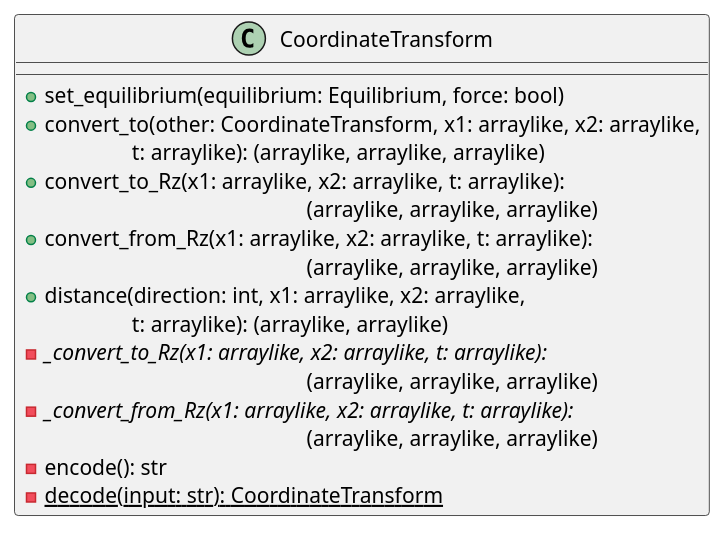
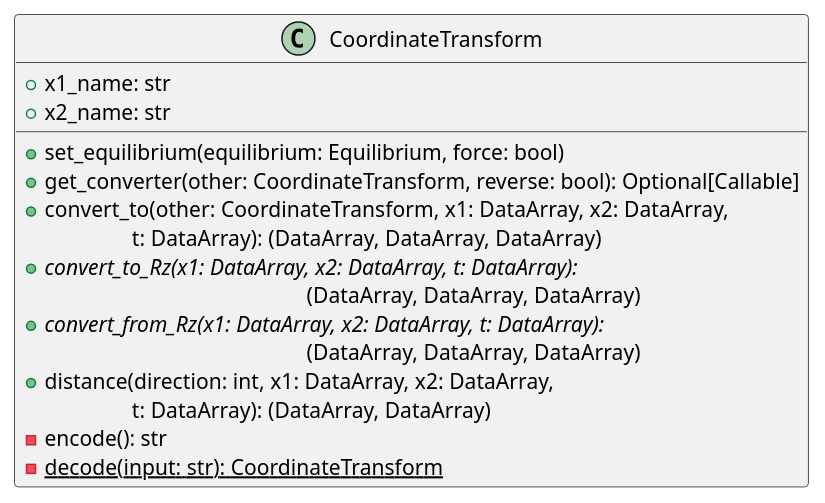
The second of 7 diagrams in doc/design.rst (indica-mcf/Indica), drawn with PlantUML before and after one commit. The commit also changed other lines of this file and 3 other files, not shown here.

```diff
--- a/doc/design.rst
+++ b/doc/design.rst
@@ -216,19 +243,19 @@
 .. uml::
 
    class CoordinateTransform {
+   + x1_name: str
+   + x2_name: str
+
    + set_equilibrium(equilibrium: Equilibrium, force: bool)
-   + convert_to(other: CoordinateTransform, x1: arraylike, x2: arraylike,
-                \t\tt: arraylike): (arraylike, arraylike, arraylike)
-   + convert_to_Rz(x1: arraylike, x2: arraylike, t: arraylike):
-     \t\t\t\t\t\t(arraylike, arraylike, arraylike)
-   + convert_from_Rz(x1: arraylike, x2: arraylike, t: arraylike):
-     \t\t\t\t\t\t(arraylike, arraylike, arraylike)
-   + distance(direction: int, x1: arraylike, x2: arraylike,
-              \t\tt: arraylike): (arraylike, arraylike)
-   - {abstract} _convert_to_Rz(x1: arraylike, x2: arraylike, t: arraylike):
-     \t\t\t\t\t\t(arraylike, arraylike, arraylike)
-   - {abstract} _convert_from_Rz(x1: arraylike, x2: arraylike, t: arraylike):
-     \t\t\t\t\t\t(arraylike, arraylike, arraylike)
+   + get_converter(other: CoordinateTransform, reverse: bool): Optional[Callable]
+   + convert_to(other: CoordinateTransform, x1: DataArray, x2: DataArray,
+                \t\tt: DataArray): (DataArray, DataArray, DataArray)
+   + {abstract} convert_to_Rz(x1: DataArray, x2: DataArray, t: DataArray):
+     \t\t\t\t\t\t(DataArray, DataArray, DataArray)
+   + {abstract} convert_from_Rz(x1: DataArray, x2: DataArray, t: DataArray):
+     \t\t\t\t\t\t(DataArray, DataArray, DataArray)
+   + distance(direction: int, x1: DataArray, x2: DataArray,
+              \t\tt: DataArray): (DataArray, DataArray)
    - encode(): str
    - {static} decode(input: str): CoordinateTransform
    }
```
